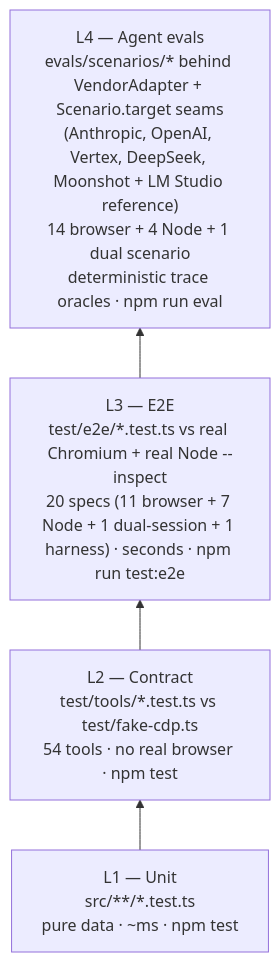
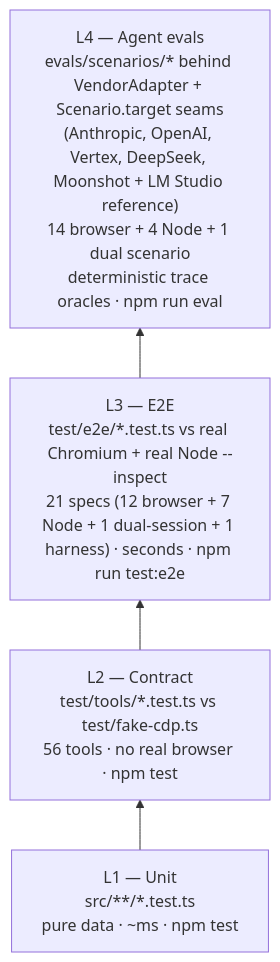
Before and after one commit to lcjanke2020/lynceus: the sixth of 6 diagrams in docs/ARCHITECTURE.md, drawn with Mermaid. The commit also changed other lines of this file and 31 other files, not shown here.

````diff
--- a/docs/ARCHITECTURE.md
+++ b/docs/ARCHITECTURE.md
@@ -202,8 +202,8 @@
 ```mermaid
 flowchart BT
     L1["L1 — Unit<br/>src/**/*.test.ts<br/>pure data · ~ms · npm test"]
-    L2["L2 — Contract<br/>test/tools/*.test.ts vs test/fake-cdp.ts<br/>54 tools · no real browser · npm test"]
-    L3["L3 — E2E<br/>test/e2e/*.test.ts vs real Chromium + real Node --inspect<br/>20 specs (11 browser + 7 Node + 1 dual-session + 1 harness) · seconds · npm run test:e2e"]
+    L2["L2 — Contract<br/>test/tools/*.test.ts vs test/fake-cdp.ts<br/>56 tools · no real browser · npm test"]
+    L3["L3 — E2E<br/>test/e2e/*.test.ts vs real Chromium + real Node --inspect<br/>21 specs (12 browser + 7 Node + 1 dual-session + 1 harness) · seconds · npm run test:e2e"]
     L4["L4 — Agent evals<br/>evals/scenarios/* behind VendorAdapter + Scenario.target seams<br/>(Anthropic, OpenAI, Vertex, DeepSeek, Moonshot + LM Studio reference)<br/>14 browser + 4 Node + 1 dual scenario<br/>deterministic trace oracles · npm run eval"]
     L1 --> L2 --> L3 --> L4
 ```
````
